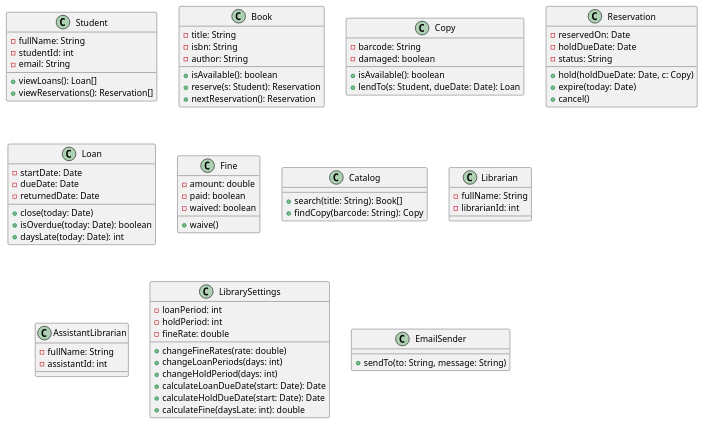
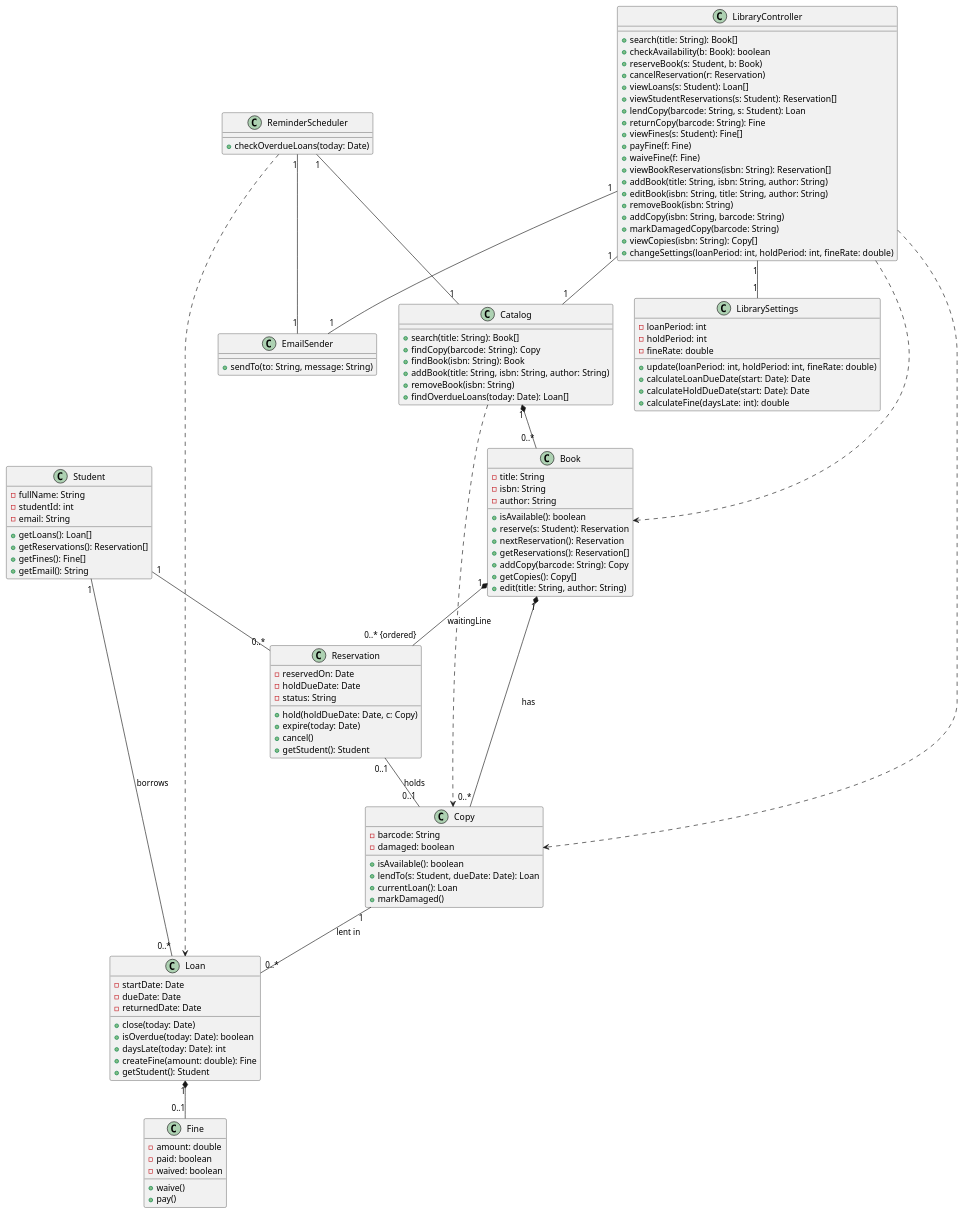
The diagram in docs/uml/class-diagram.puml (erionelezaj/LibrarySystem-SW-Design-Principles), drawn with PlantUML before and after one commit. The commit also changed 1 other file, not shown here.

Commit message:
Added UML CLASS DIAGRAM, plus some changes in the scope

```diff
--- a/docs/uml/class-diagram.puml
+++ b/docs/uml/class-diagram.puml
@@ -1,91 +1,147 @@
 @startuml LibrarySystem
 
 class Student {
     - fullName: String
     - studentId: int
     - email: String
-    + viewLoans(): Loan[]
-    + viewReservations(): Reservation[]
+    + getLoans(): Loan[]
+    + getReservations(): Reservation[]
+    + getFines(): Fine[]
+    + getEmail(): String
 }
-
 
 class Book {
     - title: String
     - isbn: String
     - author: String
     + isAvailable(): boolean
     + reserve(s: Student): Reservation
     + nextReservation(): Reservation
+    + getReservations(): Reservation[]
+    + addCopy(barcode: String): Copy
+    + getCopies(): Copy[]
+    + edit(title: String, author: String)
 }
 
 class Copy {
     - barcode: String
     - damaged: boolean
     + isAvailable(): boolean
     + lendTo(s: Student, dueDate: Date): Loan
+    + currentLoan(): Loan
+    + markDamaged()
 }
 
 
 
 class Reservation {
     - reservedOn: Date
     - holdDueDate: Date
     - status: String
     + hold(holdDueDate: Date, c: Copy)
     + expire(today: Date)
     + cancel()
+    + getStudent(): Student
 }
 
 
 
 
 class Loan {
     - startDate: Date
     - dueDate: Date
     - returnedDate: Date
     + close(today: Date)
     + isOverdue(today: Date): boolean
     + daysLate(today: Date): int
+    + createFine(amount: double): Fine
+    + getStudent(): Student
 }
 
 
 class Fine {
     - amount: double
     - paid: boolean
     - waived: boolean
     + waive()
+    + pay()
 }
 
 class Catalog {
     + search(title: String): Book[]
     + findCopy(barcode: String): Copy
-}
-class Librarian {
-    - fullName: String
-    - librarianId: int
-
+    + findBook(isbn: String): Book
+    + addBook(title: String, isbn: String, author: String)
+    + removeBook(isbn: String)
+    + findOverdueLoans(today: Date): Loan[]
 }
 
-class AssistantLibrarian {
-    - fullName: String
-    - assistantId: int
+class ReminderScheduler {
+    + checkOverdueLoans(today: Date)
 }
 
 class LibrarySettings {
     - loanPeriod: int
     - holdPeriod: int
     - fineRate: double
-    + changeFineRates(rate: double)
-    + changeLoanPeriods(days: int)
-    + changeHoldPeriod(days: int)
+    + update(loanPeriod: int, holdPeriod: int, fineRate: double)
     + calculateLoanDueDate(start: Date): Date
     + calculateHoldDueDate(start: Date): Date
     + calculateFine(daysLate: int): double
+}
 
+class LibraryController {
+    + search(title: String): Book[]
+    + checkAvailability(b: Book): boolean
+    + reserveBook(s: Student, b: Book)
+    + cancelReservation(r: Reservation)
+    + viewLoans(s: Student): Loan[]
+    + viewStudentReservations(s: Student): Reservation[]
+    + lendCopy(barcode: String, s: Student): Loan
+    + returnCopy(barcode: String): Fine
+    + viewFines(s: Student): Fine[]
+    + payFine(f: Fine)
+    + waiveFine(f: Fine)
+    + viewBookReservations(isbn: String): Reservation[]
+    + addBook(title: String, isbn: String, author: String)
+    + editBook(isbn: String, title: String, author: String)
+    + removeBook(isbn: String)
+    + addCopy(isbn: String, barcode: String)
+    + markDamagedCopy(barcode: String)
+    + viewCopies(isbn: String): Copy[]
+    + changeSettings(loanPeriod: int, holdPeriod: int, fineRate: double)
 }
+
 class EmailSender {
     + sendTo(to: String, message: String)
 }
 
 
+
+ Student "1" -- "0..*" Loan : borrows 
+ Student "1" -- "0..*" Reservation 
+
+ Book "1" *-- "0..* {ordered}" Reservation : waitingLine 
+ Book "1" *-- "0..*" Copy: has
+
+Reservation "0..1" -- "0..1" Copy : holds
+
+Copy "1" -- "0..*" Loan : lent in 
+ 
+Catalog "1" *-- "0..*" Book
+Catalog ..> Copy
+
+
+Loan "1" *-- "0..1" Fine
+
+ReminderScheduler "1" -- "1" Catalog
+ReminderScheduler "1" -- "1" EmailSender
+ReminderScheduler ..> Loan
+
+LibraryController "1" -- "1" Catalog
+LibraryController "1" -- "1" LibrarySettings
+LibraryController "1" -- "1" EmailSender
+LibraryController ..> Book
+LibraryController ..> Copy
+
 @enduml
```
